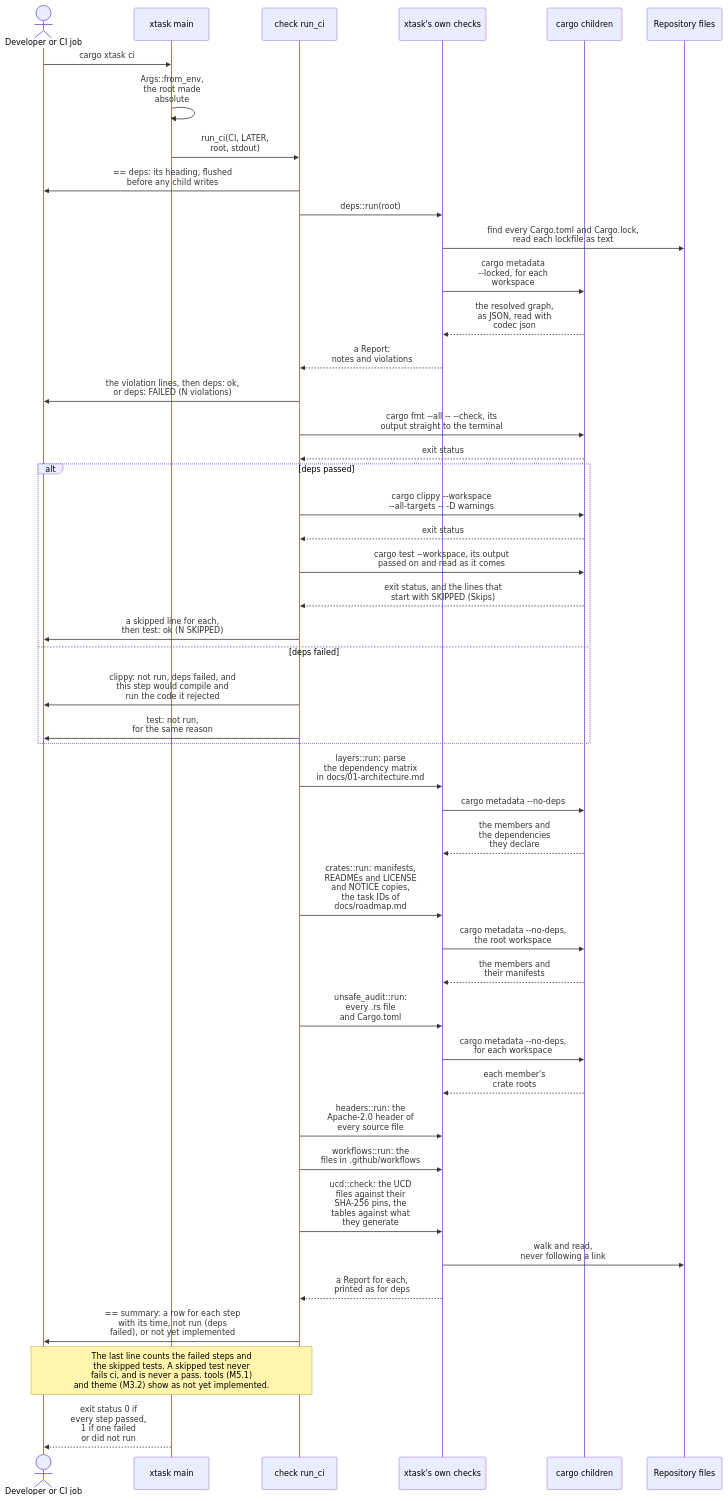
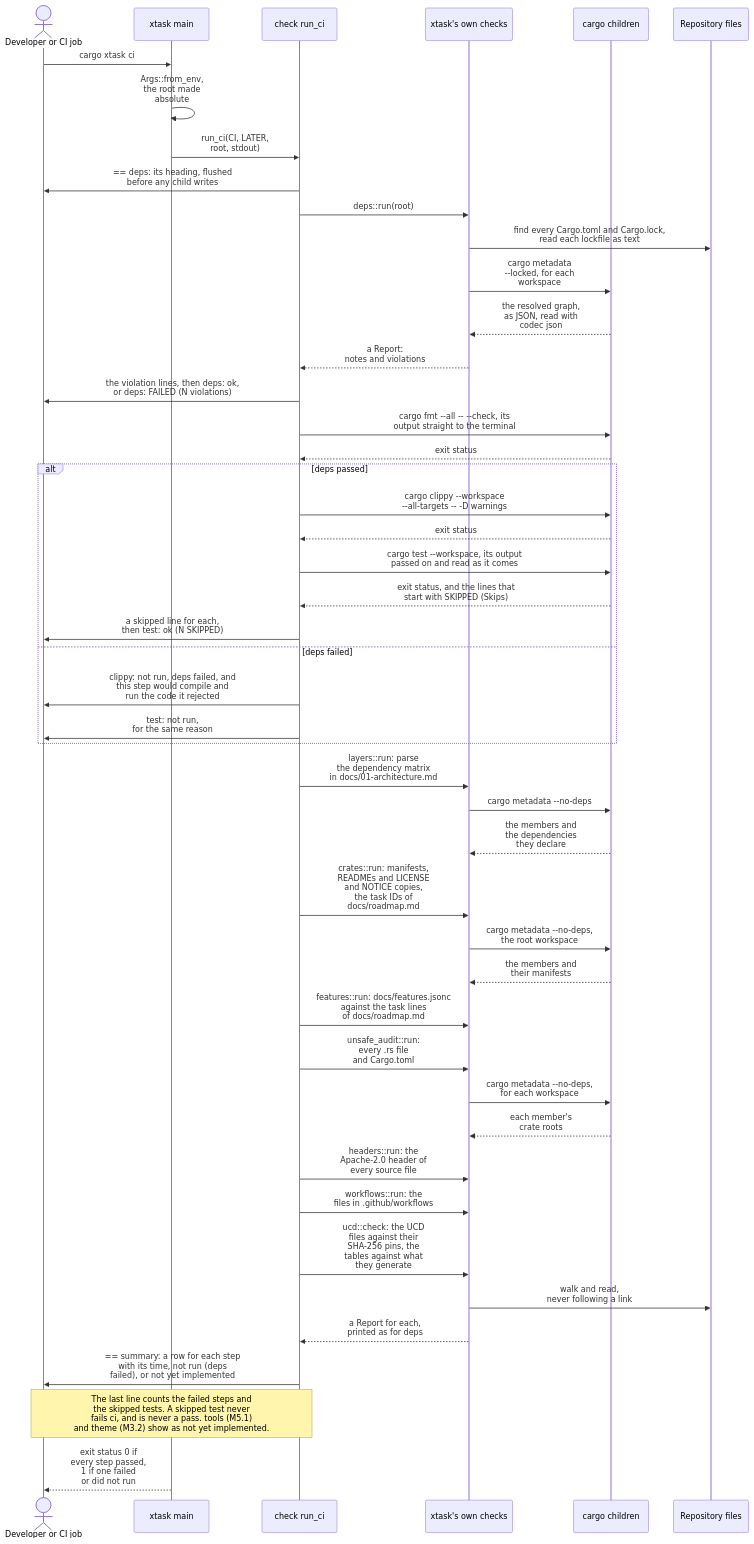
Before and after one commit to jabbott-iii/Tidepool: the first of 21 diagrams in diagrams/sequence-diagrams.md, drawn with Mermaid. The commit also changed other lines of this file and 38 other files, not shown here.

````diff
--- a/diagrams/sequence-diagrams.md
+++ b/diagrams/sequence-diagrams.md
@@ -54,49 +58,50 @@
 ```mermaid
 sequenceDiagram
     actor Dev as Developer or CI job
     participant Cli as xtask main
     participant Ci as check run_ci
     participant Own as xtask's own checks
     participant Cargo as cargo children
     participant Repo as Repository files
 
     Dev->>Cli: cargo xtask ci
     Cli->>Cli: Args::from_env,<br/>the root made<br/>absolute
     Cli->>Ci: run_ci(CI, LATER,<br/>root, stdout)
     Ci->>Dev: == deps: its heading, flushed<br/>before any child writes
     Ci->>Own: deps::run(root)
     Own->>Repo: find every Cargo.toml and Cargo.lock,<br/>read each lockfile as text
     Own->>Cargo: cargo metadata<br/>--locked, for each<br/>workspace
     Cargo-->>Own: the resolved graph,<br/>as JSON, read with<br/>codec json
     Own-->>Ci: a Report:<br/>notes and violations
     Ci->>Dev: the violation lines, then deps: ok,<br/>or deps: FAILED (N violations)
     Ci->>Cargo: cargo fmt --all -- --check, its<br/>output straight to the terminal
     Cargo-->>Ci: exit status
     alt deps passed
         Ci->>Cargo: cargo clippy --workspace<br/>--all-targets -- -D warnings
         Cargo-->>Ci: exit status
         Ci->>Cargo: cargo test --workspace, its output<br/>passed on and read as it comes
         Cargo-->>Ci: exit status, and the lines that<br/>start with SKIPPED (Skips)
         Ci->>Dev: a skipped line for each,<br/>then test: ok (N SKIPPED)
     else deps failed
         Ci->>Dev: clippy: not run, deps failed, and<br/>this step would compile and<br/>run the code it rejected
         Ci->>Dev: test: not run,<br/>for the same reason
     end
     Ci->>Own: layers::run: parse<br/>the dependency matrix<br/>in docs/01-architecture.md
     Own->>Cargo: cargo metadata --no-deps
     Cargo-->>Own: the members and<br/>the dependencies<br/>they declare
     Ci->>Own: crates::run: manifests,<br/>READMEs and LICENSE<br/>and NOTICE copies,<br/>the task IDs of<br/>docs/roadmap.md
     Own->>Cargo: cargo metadata --no-deps,<br/>the root workspace
     Cargo-->>Own: the members and<br/>their manifests
+    Ci->>Own: features::run: docs/features.jsonc<br/>against the task lines<br/>of docs/roadmap.md
     Ci->>Own: unsafe_audit::run:<br/>every .rs file<br/>and Cargo.toml
     Own->>Cargo: cargo metadata --no-deps,<br/>for each workspace
     Cargo-->>Own: each member's<br/>crate roots
     Ci->>Own: headers::run: the<br/>Apache-2.0 header of<br/>every source file
     Ci->>Own: workflows::run: the<br/>files in .github/workflows
     Ci->>Own: ucd::check: the UCD<br/>files against their<br/>SHA-256 pins, the<br/>tables against what<br/>they generate
     Own->>Repo: walk and read,<br/>never following a link
     Own-->>Ci: a Report for each,<br/>printed as for deps
     Ci->>Dev: == summary: a row for each step<br/>with its time, not run (deps<br/>failed), or not yet implemented
     Note over Dev,Ci: The last line counts the failed steps and<br/>the skipped tests. A skipped test never<br/>fails ci, and is never a pass. tools (M5.1)<br/>and theme (M3.2) show as not yet implemented.
     Cli-->>Dev: exit status 0 if<br/>every step passed,<br/>1 if one failed<br/>or did not run
 ```
````
